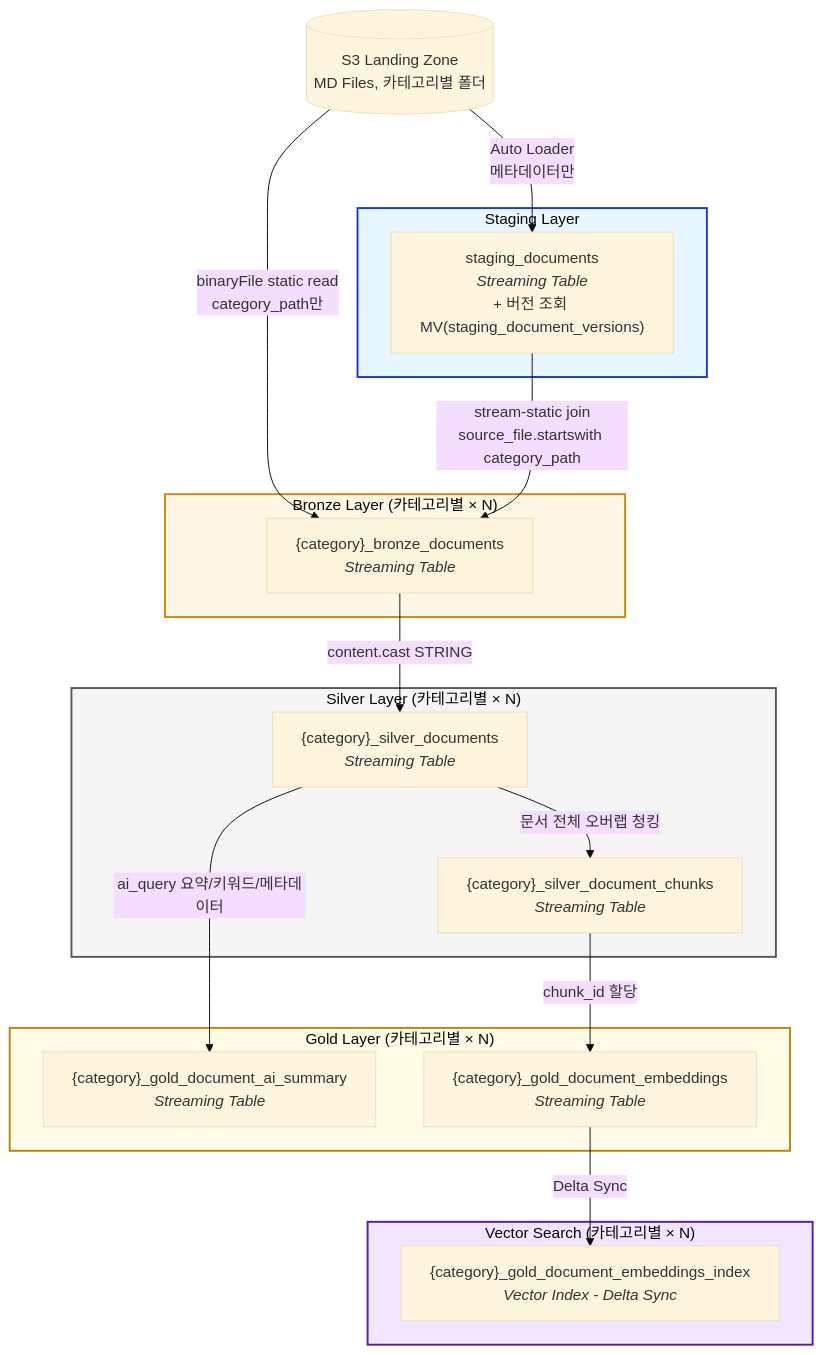
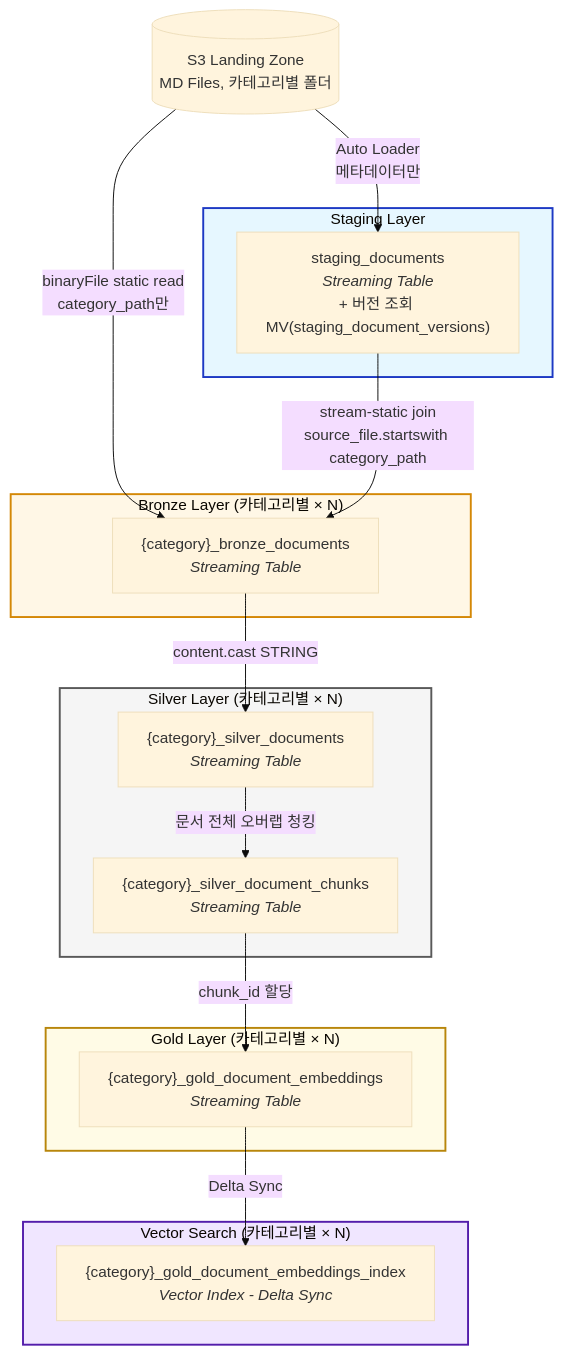
One commit to jhsv8212/ai-ready-data-pipeline changed the third of 3 diagrams in databricks-pipeline-sample/dev_haesung_pipeline_architecture.md. Above: the diagram before and after it, drawn with Mermaid (base theme). The commit also changed other lines of this file and 9 other files, not shown here.

````diff
--- a/databricks-pipeline-sample/dev_haesung_pipeline_architecture.md
+++ b/databricks-pipeline-sample/dev_haesung_pipeline_architecture.md
@@ -199,39 +182,37 @@
 ```mermaid
 flowchart TD
     subgraph Staging["Staging Layer"]
         ST["staging_documents<br/><i>Streaming Table</i><br/>+ 버전 조회 MV(staging_document_versions)"]
     end
 
     subgraph Bronze["Bronze Layer (카테고리별 × N)"]
         B["{category}_bronze_documents<br/><i>Streaming Table</i>"]
     end
 
     subgraph Silver["Silver Layer (카테고리별 × N)"]
         S["{category}_silver_documents<br/><i>Streaming Table</i>"]
         SC["{category}_silver_document_chunks<br/><i>Streaming Table</i>"]
     end
 
     subgraph Gold["Gold Layer (카테고리별 × N)"]
-        GAS["{category}_gold_document_ai_summary<br/><i>Streaming Table</i>"]
         GE["{category}_gold_document_embeddings<br/><i>Streaming Table</i>"]
     end
 
     subgraph VectorSearch["Vector Search (카테고리별 × N)"]
         GEI["{category}_gold_document_embeddings_index<br/><i>Vector Index - Delta Sync</i>"]
     end
 
     S3[(S3 Landing Zone<br/>MD Files, 카테고리별 폴더)] -->|Auto Loader<br/>메타데이터만| ST
     S3 -->|binaryFile static read<br/>category_path만| B
     ST -->|stream-static join<br/>source_file.startswith category_path| B
     B -->|content.cast STRING| S
     S -->|문서 전체 오버랩 청킹| SC
-    S -->|ai_query 요약/키워드/메타데이터| GAS
     SC -->|chunk_id 할당| GE
     GE -->|Delta Sync| GEI
 
     style Staging fill:#E6F7FF,stroke:#1D39C4,stroke-width:2px
     style Bronze fill:#FFF7E6,stroke:#D48806,stroke-width:2px
     style Silver fill:#F5F5F5,stroke:#595959,stroke-width:2px
     style Gold fill:#FFFBE6,stroke:#B8860B,stroke-width:2px
     style VectorSearch fill:#F0E6FF,stroke:#531DAB,stroke-width:2px
 ```
````
